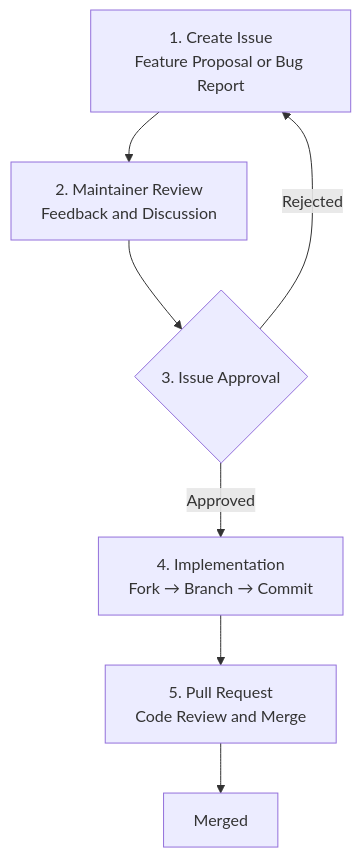
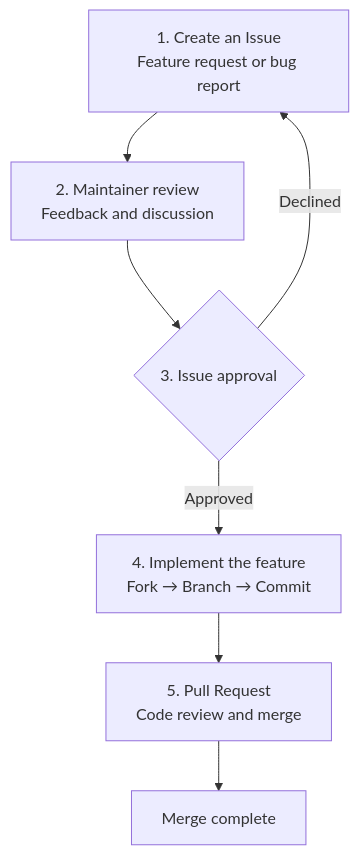
One commit to NARUBROWN/spine-site changed the diagram in docs/en/community/contributing.md. Above: the diagram before and after it, drawn with Mermaid. The commit also changed other lines of this file and 158 other files, not shown here.

````diff
--- a/docs/en/community/contributing.md
+++ b/docs/en/community/contributing.md
@@ -9,9 +9,9 @@
 ```mermaid
 flowchart TD
-    A[1. Create Issue<br/>Feature Proposal or Bug Report] --> B[2. Maintainer Review<br/>Feedback and Discussion]
-    B --> C{3. Issue Approval}
-    C -->|Approved| D[4. Implementation<br/>Fork → Branch → Commit]
-    C -->|Rejected| A
-    D --> E[5. Pull Request<br/>Code Review and Merge]
-    E --> F[Merged]
+    A[1. Create an Issue<br/>Feature request or bug report] --> B[2. Maintainer review<br/>Feedback and discussion]
+    B --> C{3. Issue approval}
+    C -->|Approved| D[4. Implement the feature<br/>Fork → Branch → Commit]
+    C -->|Declined| A
+    D --> E[5. Pull Request<br/>Code review and merge]
+    E --> F[Merge complete]
 ```
````
